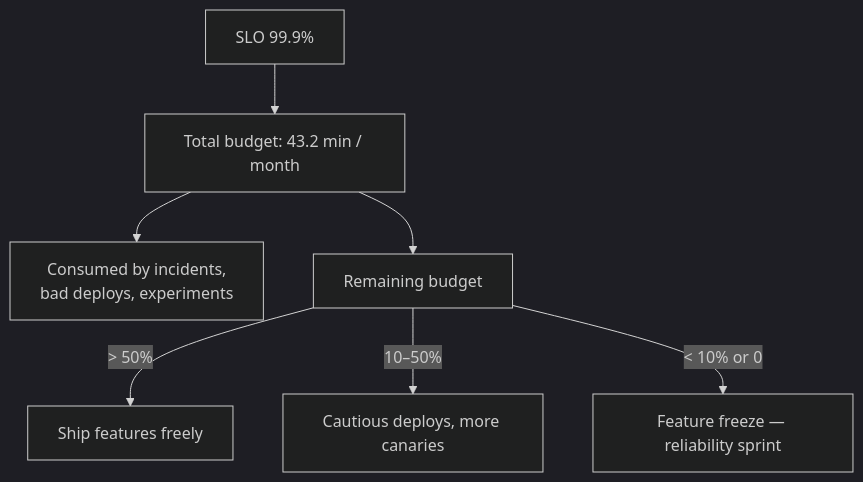
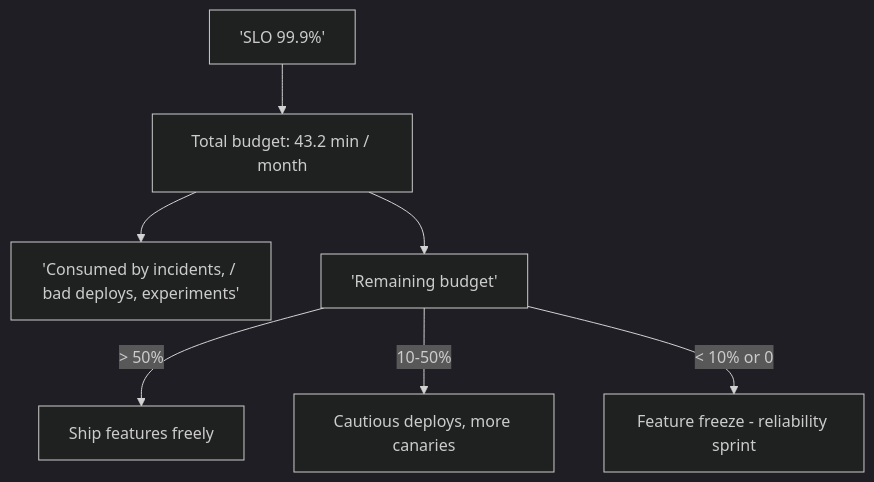
One commit to hareramcse/SystemDesign changed diagram 15 of 20 in 09-observability/README.md. Above: the diagram before and after it, drawn with Mermaid (dark theme). The commit also changed other lines of this file and 14 other files, not shown here.

````diff
--- a/09-observability/README.md
+++ b/09-observability/README.md
@@ -948,9 +948,9 @@
 ```mermaid
 flowchart TB
-    SLO["SLO 99.9%"] --> EB["Total budget: 43.2 min / month"]
-    EB --> Used["Consumed by incidents,<br/>bad deploys, experiments"]
-    EB --> Remaining["Remaining budget"]
+    SLO['SLO 99.9%'] --> EB["Total budget: 43.2 min / month"]
+    EB --> Used['Consumed by incidents, / bad deploys, experiments']
+    EB --> Remaining['Remaining budget']
     Remaining -->|> 50%| Green[Ship features freely]
-    Remaining -->|10–50%| Yellow[Cautious deploys, more canaries]
-    Remaining -->|< 10% or 0| Red[Feature freeze — reliability sprint]
+    Remaining -->|10-50%| Yellow[Cautious deploys, more canaries]
+    Remaining -->|< 10% or 0| Red[Feature freeze - reliability sprint]
 ```
````
